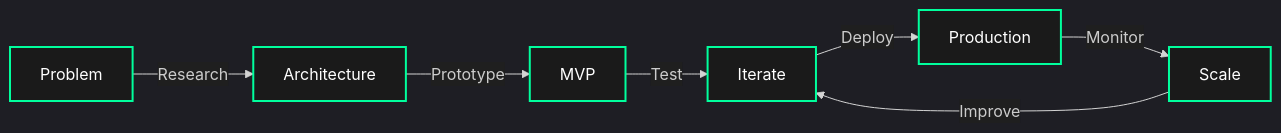
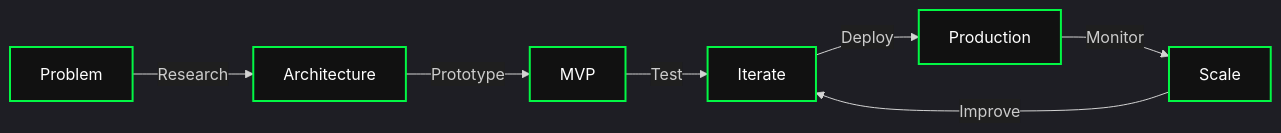
One commit to jaiswalraj03014/jaiswalraj03014 changed the diagram in README.md. Above: the diagram before and after it, drawn with Mermaid.

Commit message:
Update class definition color in README

````diff
--- a/README.md
+++ b/README.md
@@ -141,28 +141,28 @@
 ```mermaid
 
 %%{init: {'theme': 'dark', 'themeVariables': { 'primaryColor': '#2b2b2b', 'edgeLabelBackground':'#1f1f1f', 'tertiaryColor': '#1f1f1f'}}}%%
 
 graph LR
 
     A[Problem] -->|Research| B[Architecture]
 
     B -->|Prototype| C[MVP]
 
     C -->|Test| D[Iterate]
 
     D -->|Deploy| E[Production]
 
     E -->|Monitor| F[Scale]
 
     F -->|Improve| D
 
 
 
-    classDef neonGreen fill:#1a1a1a,stroke:#00ff9d,stroke-width:2px,color:#fff;
+    classDef neonGreen fill:#111111,stroke:#02f744,stroke-width:2px,color:#fff;
 
 
 
 
     class A,B,C,D,E,F neonGreen
 
 ```
````
